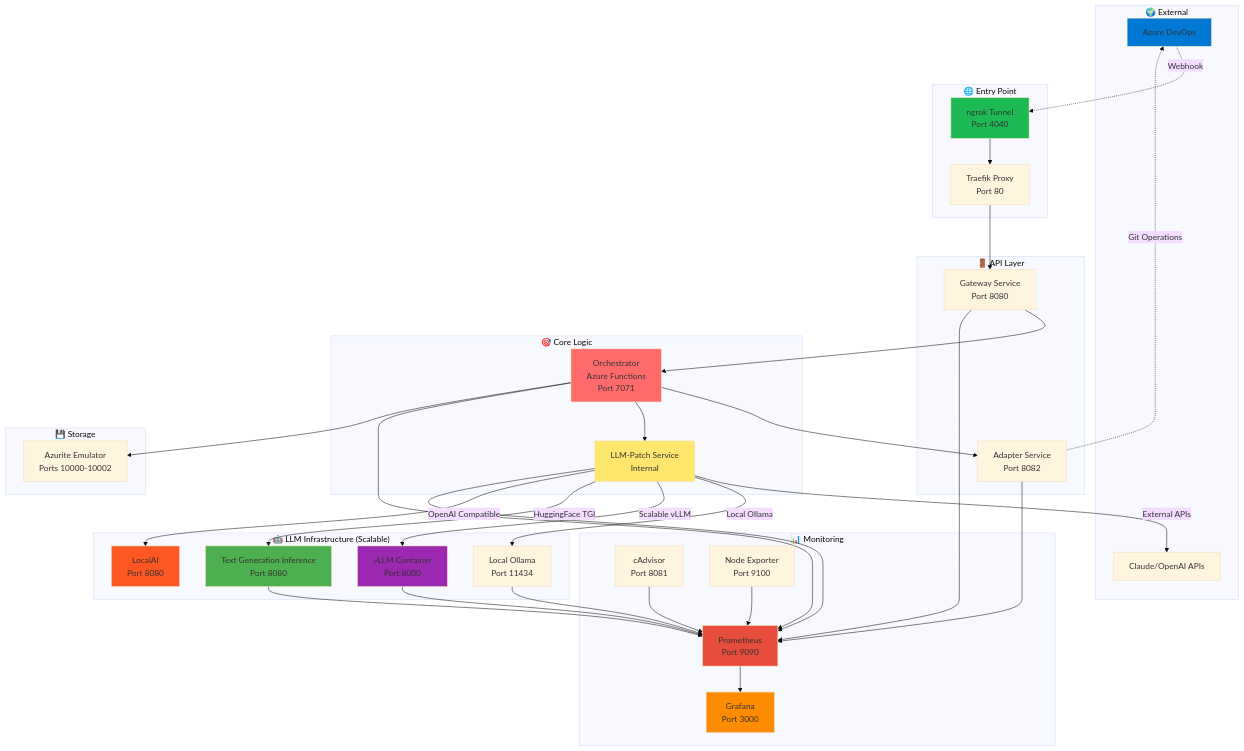
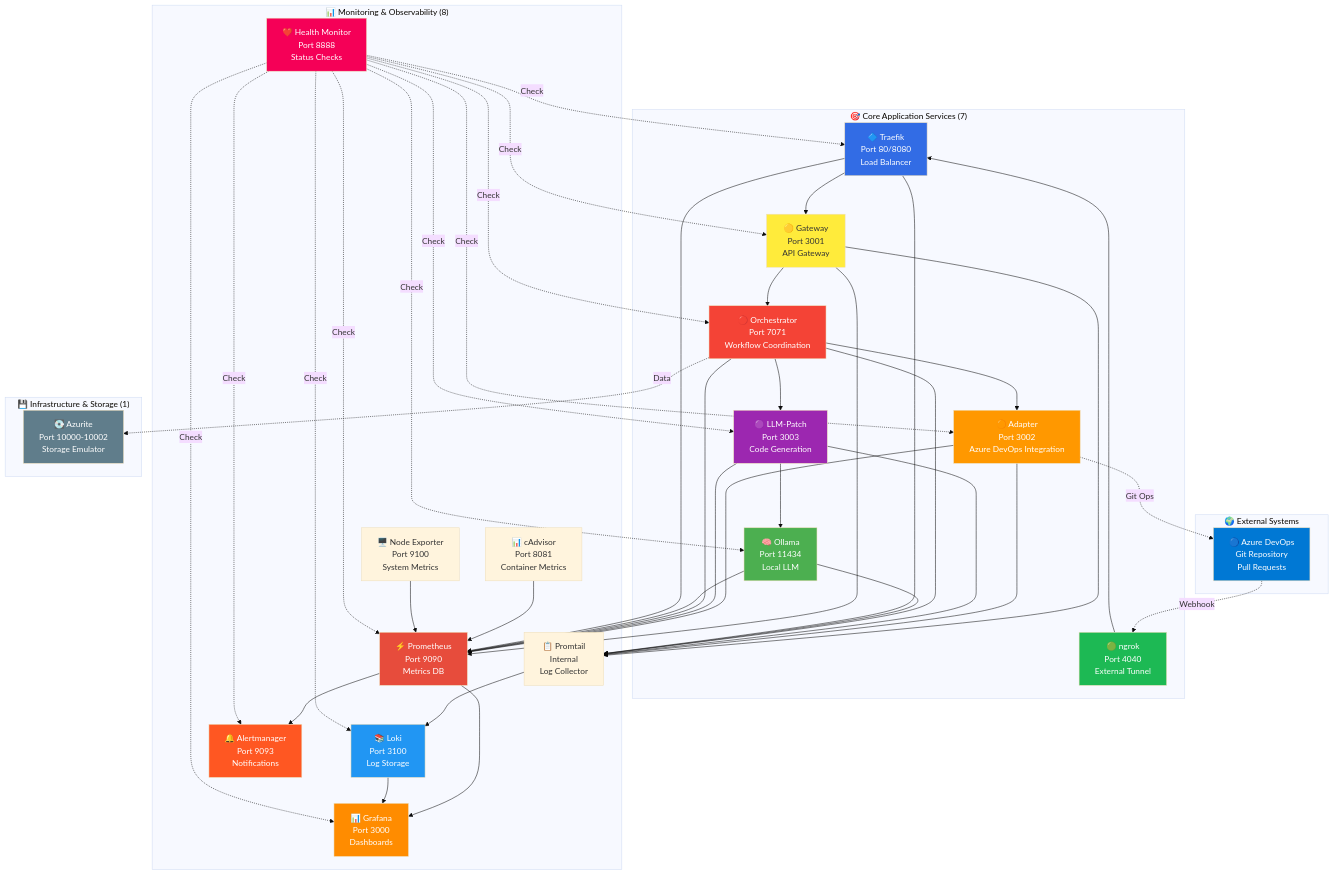
Before and after one commit to ADASK-B/ai-code-agent: the third of 3 diagrams in README.md, drawn with Mermaid (base theme). The commit also changed other lines of this file, not shown here.

Commit message:
refactor: Revise README.md for improved clarity and organization; update system architecture diagrams and enhance health monitoring section

````diff
--- a/README.md
+++ b/README.md
@@ -133,83 +163,94 @@
 ```mermaid
 graph TB
-    subgraph "🌍 External"
-        ADO[Azure DevOps]
-        LLM_API[Claude/OpenAI APIs]
+    subgraph "🎯 Core Application Services (7)"
+        TRAEFIK[🔷 Traefik<br/>Port 80/8080<br/>Load Balancer]
+        GATEWAY[🟡 Gateway<br/>Port 3001<br/>API Gateway]
+        ADAPTER[🟠 Adapter<br/>Port 3002<br/>Azure DevOps Integration]
+        LLMPATCH[🟣 LLM-Patch<br/>Port 3003<br/>Code Generation]
+        ORCHESTRATOR[🔴 Orchestrator<br/>Port 7071<br/>Workflow Coordination]
+        NGROK[🟢 ngrok<br/>Port 4040<br/>External Tunnel]
+        OLLAMA[🧠 Ollama<br/>Port 11434<br/>Local LLM]
     end
     
-    subgraph "🌐 Entry Point"
-        NGROK[ngrok Tunnel<br/>Port 4040]
-        PROXY[Traefik Proxy<br/>Port 80]
+    subgraph "📊 Monitoring & Observability (8)"
+        HEALTHMON[❤️ Health Monitor<br/>Port 8888<br/>Status Checks]
+        GRAFANA[📊 Grafana<br/>Port 3000<br/>Dashboards]
+        PROMETHEUS[⚡ Prometheus<br/>Port 9090<br/>Metrics DB]
+        NODEEXP[🖥️ Node Exporter<br/>Port 9100<br/>System Metrics]
+        CADVISOR[📊 cAdvisor<br/>Port 8081<br/>Container Metrics]
+        LOKI[📚 Loki<br/>Port 3100<br/>Log Storage]
+        ALERTMGR[🔔 Alertmanager<br/>Port 9093<br/>Notifications]
+        PROMTAIL[📋 Promtail<br/>Internal<br/>Log Collector]
     end
     
-    subgraph "🚪 API Layer"
-        GW[Gateway Service<br/>Port 8080]
-        ADAPTER[Adapter Service<br/>Port 8082]
+    subgraph "💾 Infrastructure & Storage (1)"
+        AZURITE[💽 Azurite<br/>Port 10000-10002<br/>Storage Emulator]
     end
     
-    subgraph "🎯 Core Logic"
-        ORC[Orchestrator<br/>Azure Functions<br/>Port 7071]
-        LLM[LLM-Patch Service<br/>Internal]
+    subgraph "🌍 External Systems"
+        ADO[🔵 Azure DevOps<br/>Git Repository<br/>Pull Requests]
     end
     
-    subgraph "🤖 LLM Infrastructure (Scalable)"
-        OLLAMA[Local Ollama<br/>Port 11434]
-        VLLM[vLLM Container<br/>Port 8000]
-        TGI[Text Generation Inference<br/>Port 8080]
-        LOCALAI[LocalAI<br/>Port 8080]
-    end
+    %% Main Application Flow
+    ADO -.->|Webhook| NGROK
+    NGROK --> TRAEFIK
+    TRAEFIK --> GATEWAY
+    GATEWAY --> ORCHESTRATOR
+    ORCHESTRATOR --> ADAPTER
+    ORCHESTRATOR --> LLMPATCH
+    ADAPTER -.->|Git Ops| ADO
+    LLMPATCH --> OLLAMA
+    ORCHESTRATOR -.->|Data| AZURITE
     
-    subgraph "📊 Monitoring"
-        GRAFANA[Grafana<br/>Port 3000]
-        PROMETHEUS[Prometheus<br/>Port 9090]
-        CADVISOR[cAdvisor<br/>Port 8081]
-        NODE[Node Exporter<br/>Port 9100]
-    end
+    %% Monitoring Connections
+    GATEWAY --> PROMETHEUS
+    ADAPTER --> PROMETHEUS
+    LLMPATCH --> PROMETHEUS
+    ORCHESTRATOR --> PROMETHEUS
+    OLLAMA --> PROMETHEUS
+    TRAEFIK --> PROMETHEUS
+    CADVISOR --> PROMETHEUS
+    NODEEXP --> PROMETHEUS
     
-    subgraph "💾 Storage"
-        AZURITE[Azurite Emulator<br/>Ports 10000-10002]
-    end
+    %% Log Collection
+    GATEWAY --> PROMTAIL
+    ADAPTER --> PROMTAIL
+    LLMPATCH --> PROMTAIL
+    ORCHESTRATOR --> PROMTAIL
+    OLLAMA --> PROMTAIL
+    TRAEFIK --> PROMTAIL
+    PROMTAIL --> LOKI
     
-    %% External connections
-    ADO -.->|Webhook| NGROK
-    LLM -->|External APIs| LLM_API
-    LLM -->|Local Ollama| OLLAMA
-    LLM -->|Scalable vLLM| VLLM
-    LLM -->|HuggingFace TGI| TGI
-    LLM -->|OpenAI Compatible| LOCALAI
+    %% Visualization & Alerting
+    PROMETHEUS --> GRAFANA
+    LOKI --> GRAFANA
+    PROMETHEUS --> ALERTMGR
     
-    %% Traffic flow
-    NGROK --> PROXY
-    PROXY --> GW
-    GW --> ORC
-    ORC --> ADAPTER
-    ORC --> LLM
-    ADAPTER -.->|Git Operations| ADO
+    %% Health Monitoring
+    HEALTHMON -.->|Check| GATEWAY
+    HEALTHMON -.->|Check| ADAPTER
+    HEALTHMON -.->|Check| LLMPATCH
+    HEALTHMON -.->|Check| ORCHESTRATOR
+    HEALTHMON -.->|Check| OLLAMA
+    HEALTHMON -.->|Check| TRAEFIK
+    HEALTHMON -.->|Check| GRAFANA
+    HEALTHMON -.->|Check| PROMETHEUS
+    HEALTHMON -.->|Check| LOKI
+    HEALTHMON -.->|Check| ALERTMGR
     
-    %% Monitoring connections
-    GW --> PROMETHEUS
-    ADAPTER --> PROMETHEUS
-    LLM --> PROMETHEUS
-    ORC --> PROMETHEUS
-    OLLAMA --> PROMETHEUS
-    VLLM --> PROMETHEUS
-    TGI --> PROMETHEUS
-    CADVISOR --> PROMETHEUS
-    NODE --> PROMETHEUS
-    PROMETHEUS --> GRAFANA
-    
-    %% Storage
-    ORC --> AZURITE
-    
-    style ADO fill:#0078d4
-    style NGROK fill:#1DB954
-    style ORC fill:#FF6B6B
-    style LLM fill:#FFE66D
-    style VLLM fill:#9C27B0
-    style TGI fill:#4CAF50
-    style LOCALAI fill:#FF5722
-    style GRAFANA fill:#FF8C00
-    style PROMETHEUS fill:#E74C3C
-    style GRAFANA fill:#FF8C00
-    style PROMETHEUS fill:#E74C3C
+    %% Styling
+    style ADO fill:#0078d4,color:#fff
+    style NGROK fill:#1db954,color:#fff
+    style TRAEFIK fill:#326ce5,color:#fff
+    style GATEWAY fill:#ffeb3b
+    style ORCHESTRATOR fill:#f44336,color:#fff
+    style ADAPTER fill:#ff9800,color:#fff
+    style LLMPATCH fill:#9c27b0,color:#fff
+    style OLLAMA fill:#4caf50,color:#fff
+    style AZURITE fill:#607d8b,color:#fff
+    style HEALTHMON fill:#f50057,color:#fff
+    style GRAFANA fill:#ff8c00,color:#fff
+    style PROMETHEUS fill:#e74c3c,color:#fff
+    style LOKI fill:#2196f3,color:#fff
+    style ALERTMGR fill:#ff5722,color:#fff
 ```
````
